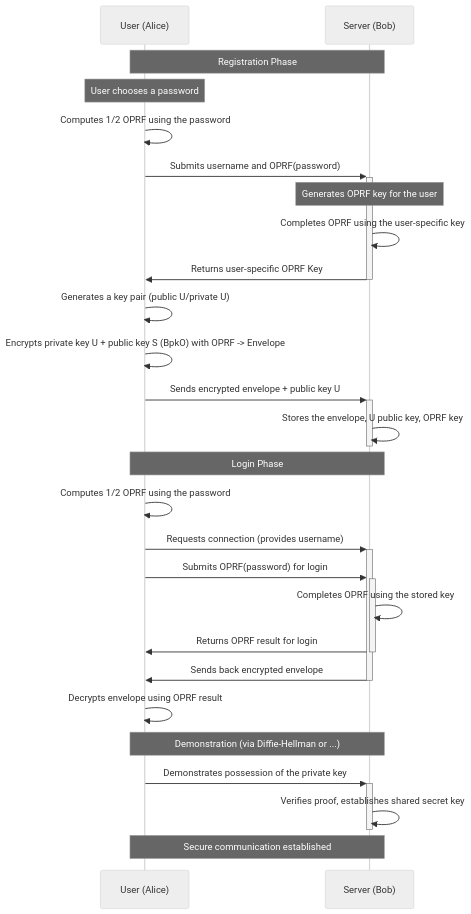
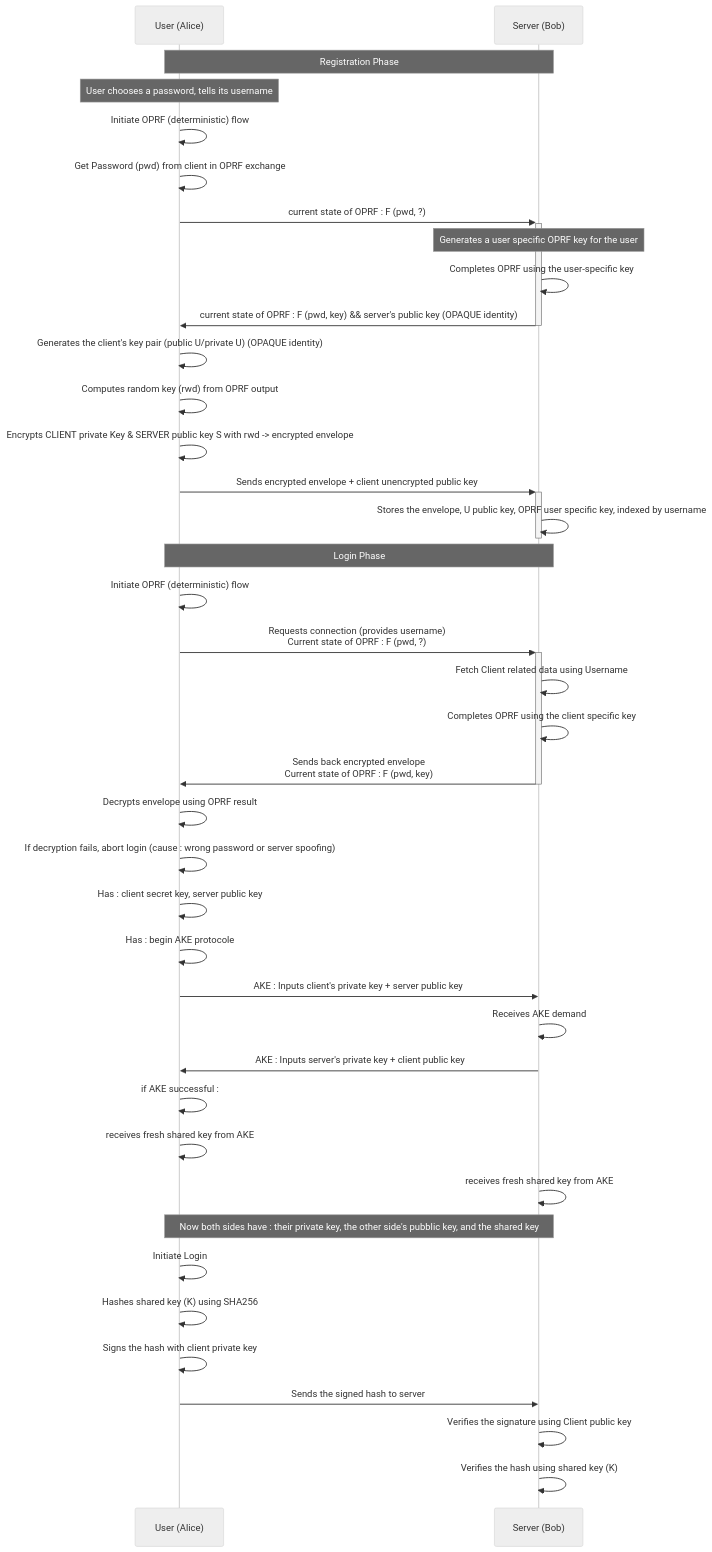
One commit to GuillaumeDorschner/ESILV-Cryptography-S8-2 changed the second of 2 diagrams in README.md. Above: the diagram before and after it, drawn with Mermaid (neutral theme). The commit also changed other lines of this file and 13 other files, not shown here.

````diff
--- a/README.md
+++ b/README.md
@@ -39,30 +55,45 @@
 ```mermaid
     sequenceDiagram
     participant U as User (Alice)
     participant S as Server (Bob)
 
     Note over U,S: Registration Phase
-    Note over U: User chooses a password
-    U->>U: Computes 1/2 OPRF using the password
-    U->>+S: Submits username and OPRF(password)
-    Note over S: Generates OPRF key for the user
-    S->>S: Completes OPRF using the user-specific key
-    S->>-U: Returns user-specific OPRF Key
-    U->>U: Generates a key pair (public U/private U)
-    U->>U: Encrypts private key U + public key S (BpkO) with OPRF -> Envelope
-    U->>+S: Sends encrypted envelope + public key U
-    S->>-S: Stores the envelope, U public key, OPRF key
+        Note over U: User chooses a password, tells its username
+        U->>U: Initiate OPRF (deterministic) flow
+        U->>U: Get Password (pwd) from client in OPRF exchange
+        U->>+S: current state of OPRF : F (pwd, ?)
+        Note over S: Generates a user specific OPRF key for the user
+        S->>S: Completes OPRF using the user-specific key
+        S->>-U: current state of OPRF : F (pwd, key) && server's public key (OPAQUE identity)
+        U->>U: Generates the client's key pair (public U/private U) (OPAQUE identity)
+        U->>U: Computes random key (rwd) from OPRF output
+        U->>U: Encrypts CLIENT private Key & SERVER public key S with rwd -> encrypted envelope
+        U->>+S: Sends encrypted envelope + client unencrypted public key
+        S->>-S: Stores the envelope, U public key, OPRF user specific key, indexed by username
+
 
     Note over U,S: Login Phase
-    U->>U: Computes 1/2 OPRF using the password
-    U->>+S: Requests connection (provides username)
-    U->>+S: Submits OPRF(password) for login
-    S->>S: Completes OPRF using the stored key
-    S->>-U: Returns OPRF result for login
-    S->>-U: Sends back encrypted envelope
-    U->>U: Decrypts envelope using OPRF result
-    Note over U,S: Demonstration (via Diffie-Hellman or ...)
-    U->>+S: Demonstrates possession of the private key
-    S->>-S: Verifies proof, establishes shared secret key
-    Note over U,S: Secure communication established
+        U->>U: Initiate OPRF (deterministic) flow
+        U->>+S: Requests connection (provides username) <br> Current state of OPRF : F (pwd, ?)
+        S->>S: Fetch Client related data using Username
+        S->>S: Completes OPRF using the client specific key
+        S->>-U: Sends back encrypted envelope <br> Current state of OPRF : F (pwd, key)
+        U->>U: Decrypts envelope using OPRF result
+        U->>U: If decryption fails, abort login (cause : wrong password or server spoofing)
+        U->>U: Has : client secret key, server public key
+        U->>U: Has : begin AKE protocole
+        U->>S: AKE : Inputs client's private key + server public key
+        S->>S: Receives AKE demand
+        S->>U: AKE : Inputs server's private key + client public key
+        U->>U: if AKE  successful :
+        U->>U: receives fresh shared key from AKE
+        S->>S: receives fresh shared key from AKE
+
+    Note over U,S: Now both sides have : their private key, the other side's pubblic key, and the shared key
+        U->>U: Initiate Login
+        U->>U: Hashes shared key (K) using SHA256
+        U->>U: Signs the hash with client private key
+        U->>S: Sends the signed hash to server
+        S->>S: Verifies the signature using Client public key
+        S->>S: Verifies the hash using shared key (K)
 ```
````
